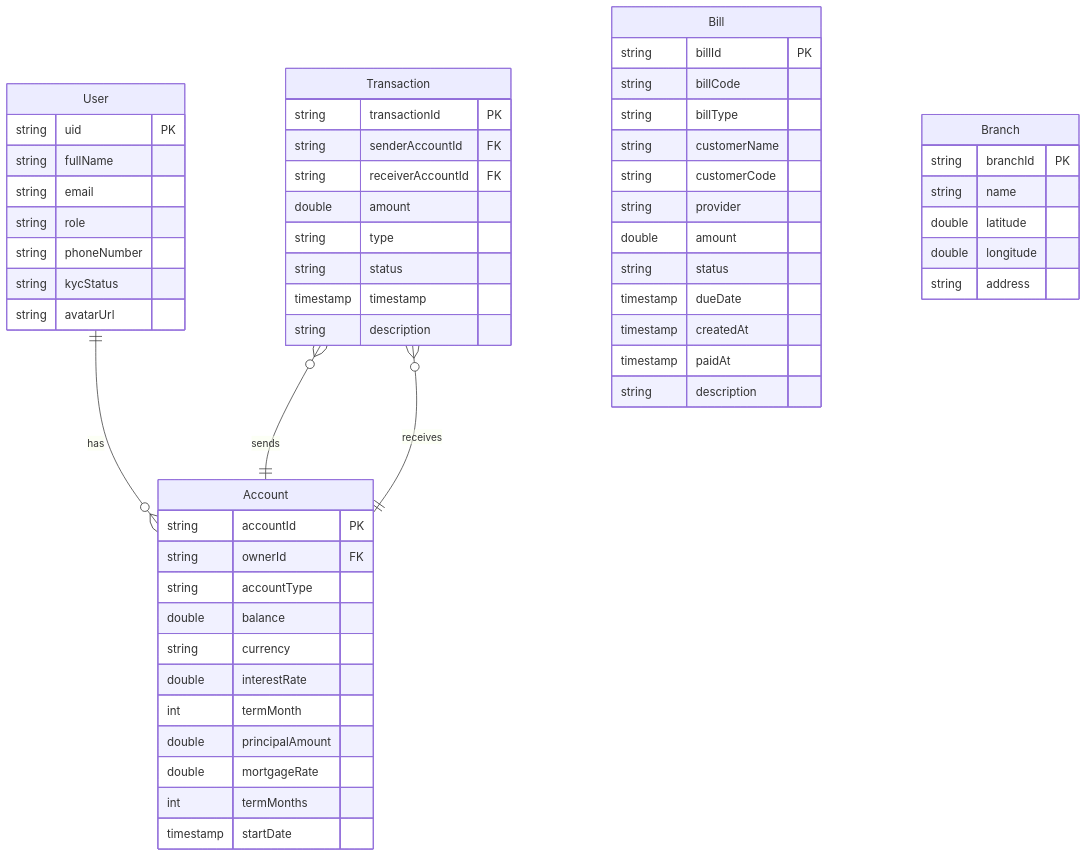
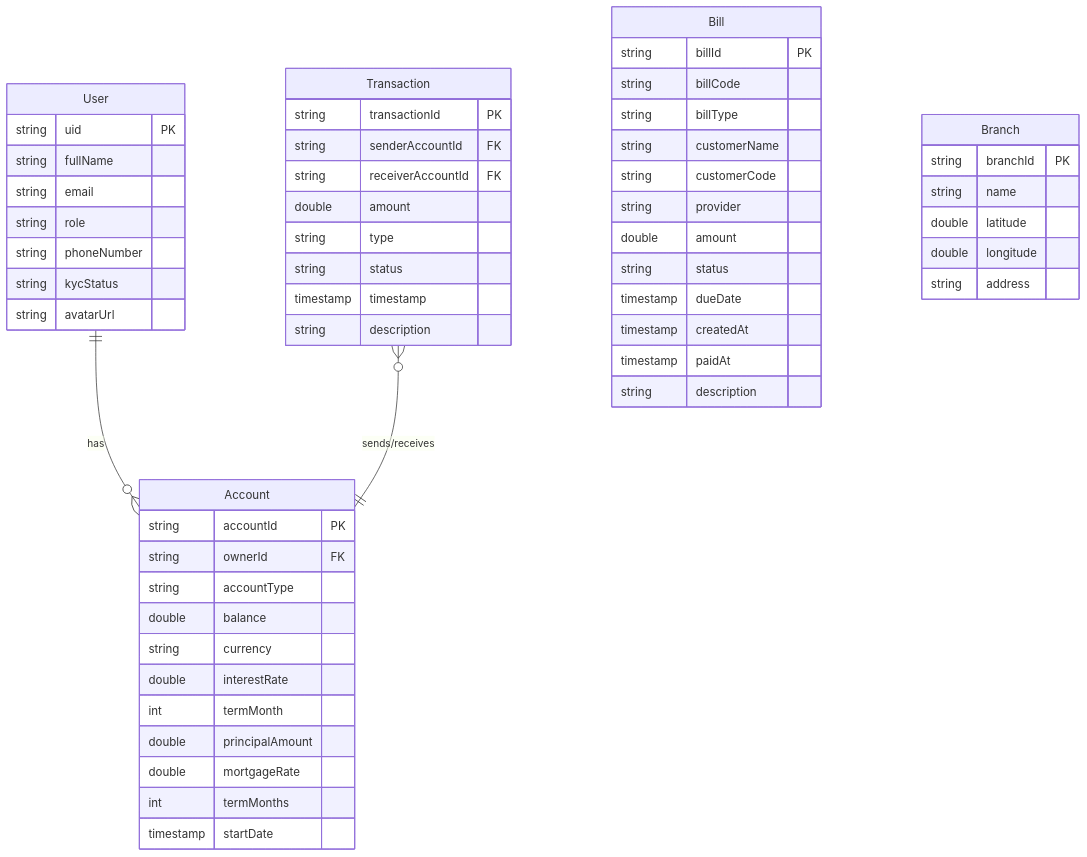
One commit to iannwendy/TDTUiBankingApp changed the diagram in docs/erd.md. Above: the diagram before and after it, drawn with Mermaid. The commit also changed other lines of this file and 4 other files, not shown here.

Commit message:
Simplify ERD: merge Transaction-Account relationships into single sends/receives relationship

````diff
--- a/docs/erd.md
+++ b/docs/erd.md
@@ -9,65 +9,64 @@
 ```mermaid
 erDiagram
 
     User {
         string uid PK
         string fullName
         string email
         string role
         string phoneNumber
         string kycStatus
         string avatarUrl
     }
 
     Account {
         string accountId PK
         string ownerId FK
         string accountType
         double balance
         string currency
         double interestRate
         int termMonth
         double principalAmount
         double mortgageRate
         int termMonths
         timestamp startDate
     }
 
     Transaction {
         string transactionId PK
         string senderAccountId FK
         string receiverAccountId FK
         double amount
         string type
         string status
         timestamp timestamp
         string description
     }
 
     Bill {
         string billId PK
         string billCode
         string billType
         string customerName
         string customerCode
         string provider
         double amount
         string status
         timestamp dueDate
         timestamp createdAt
         timestamp paidAt
         string description
     }
 
     Branch {
         string branchId PK
         string name
         double latitude
         double longitude
         string address
     }
 
     User ||--o{ Account : "has"
-    Transaction }o--|| Account : "sends"
-    Transaction }o--|| Account : "receives"
+    Transaction }o--|| Account : "sends/receives"
 ```
````
